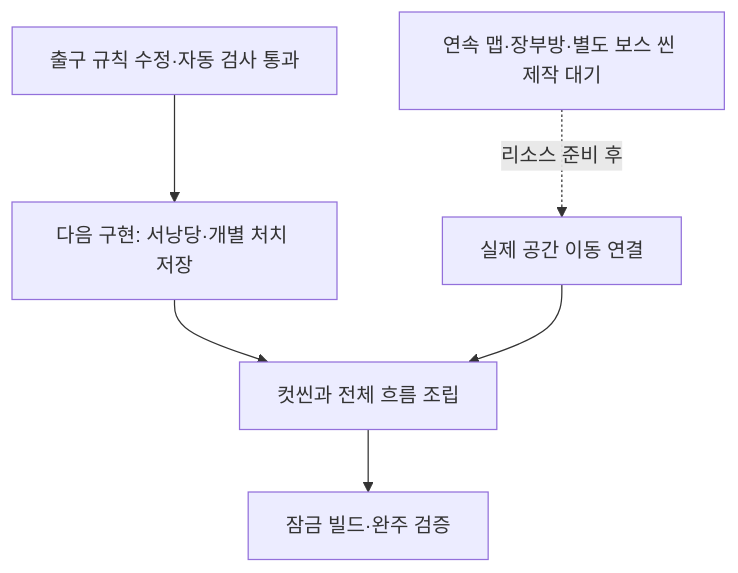
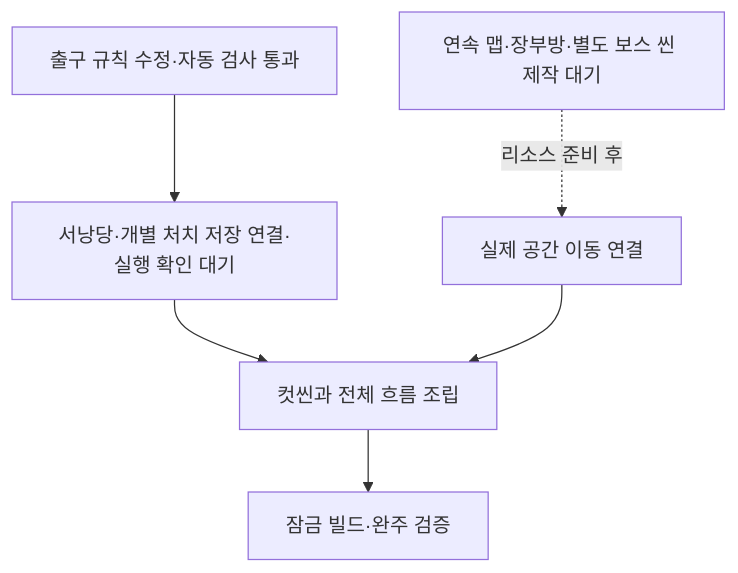
One commit to lkhwcf-arch/Human_Ghost- changed the first of 5 diagrams in Docs/개발자용 설계문서/현재 구현과 검증 현황.md. Above: the diagram before and after it, drawn with Mermaid. The commit also changed other lines of this file and 20 other files, not shown here.

````diff
--- a/Docs/개발자용 설계문서/현재 구현과 검증 현황.md
+++ b/Docs/개발자용 설계문서/현재 구현과 검증 현황.md
@@ -11,8 +11,8 @@
 ```mermaid
 flowchart TD
-    A[출구 규칙 수정·자동 검사 통과] --> B[다음 구현: 서낭당·개별 처치 저장]
+    A[출구 규칙 수정·자동 검사 통과] --> B[서낭당·개별 처치 저장 연결·실행 확인 대기]
     C[연속 맵·장부방·별도 보스 씬 제작 대기] -.리소스 준비 후.-> D[실제 공간 이동 연결]
     B --> E[컷씬과 전체 흐름 조립]
     D --> E
     E --> F[잠금 빌드·완주 검증]
 ```
````
